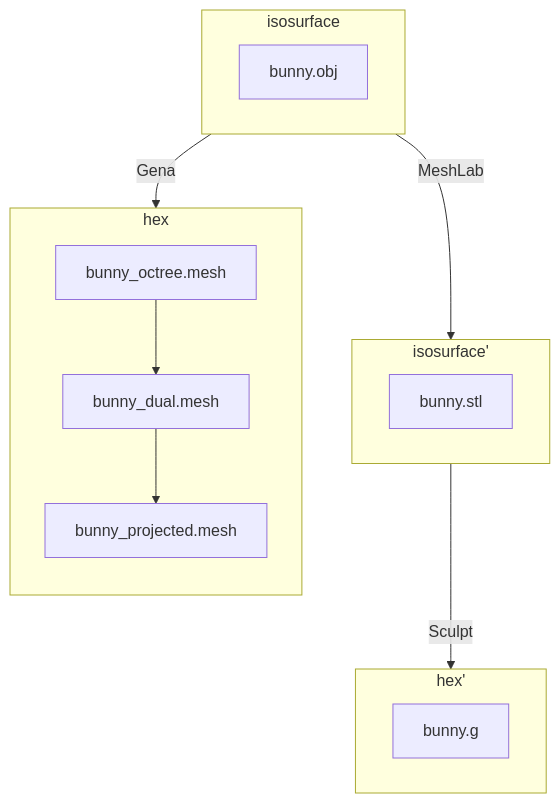
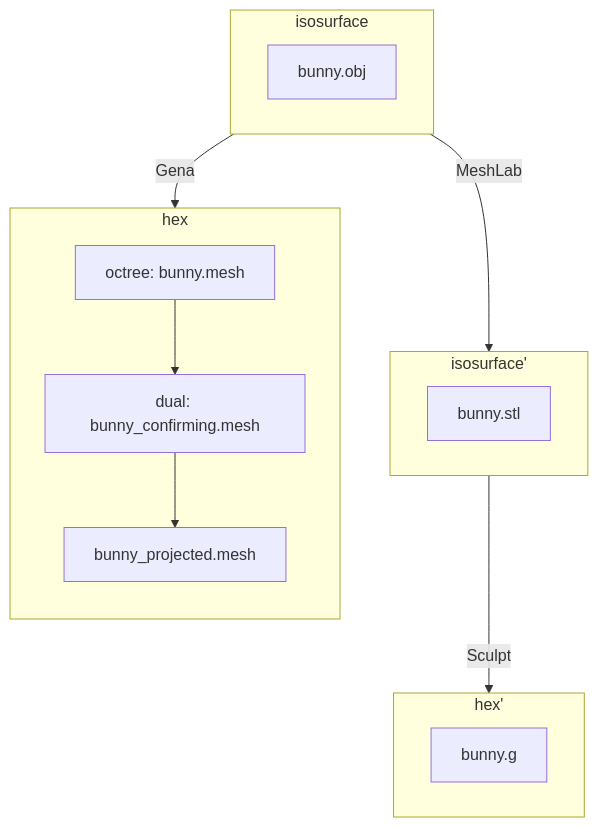
Before and after one commit to sandialabs/sibl: the second of 2 diagrams in geo/doc/cinolib/bunny.md, drawn with Mermaid.

Commit message:
update mermaid diagram

````diff
--- a/geo/doc/cinolib/bunny.md
+++ b/geo/doc/cinolib/bunny.md
@@ -34,20 +34,20 @@
 ```mermaid
   flowchart
     subgraph isosurface
       a[bunny.obj]
     end
     subgraph isosurface'
       b[bunny.stl]
     end
     subgraph hex'
       bunny.g
     end
     subgraph hex
       direction TB
-      c1[bunny_octree.mesh]-->c2[bunny_dual.mesh]
+      c1[octree: bunny.mesh]-->c2[dual: bunny_confirming.mesh]
       c2-->c3[bunny_projected.mesh]
     end
     isosurface-- MeshLab --> isosurface'
     isosurface'-- Sculpt --> hex'
     isosurface-- Gena --> hex
 ```
````
